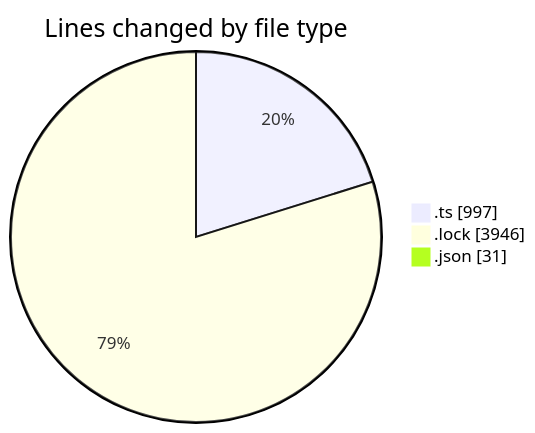
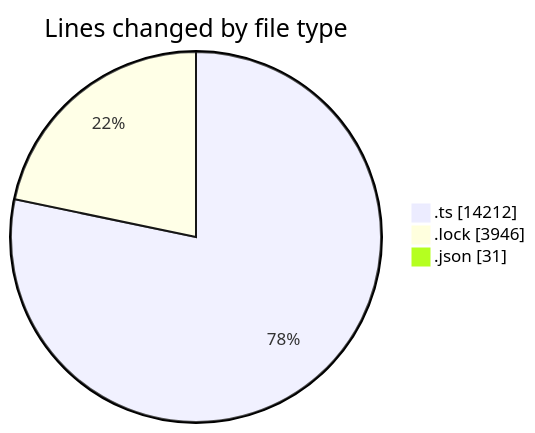
One commit to momahboobian/code-tracking changed the first of 2 diagrams in 2025-08-19/cda/README.md. Above: the diagram before and after it, drawn with Mermaid. The commit also changed other lines of this file and 1 other file, not shown here.

````diff
--- a/2025-08-19/cda/README.md
+++ b/2025-08-19/cda/README.md
@@ -25,7 +29,7 @@
 ```mermaid
 pie showData
 title Lines changed by file type
-".ts" : 997
+".ts" : 14212
 ".lock" : 3946
 ".json" : 31
 ```
````
